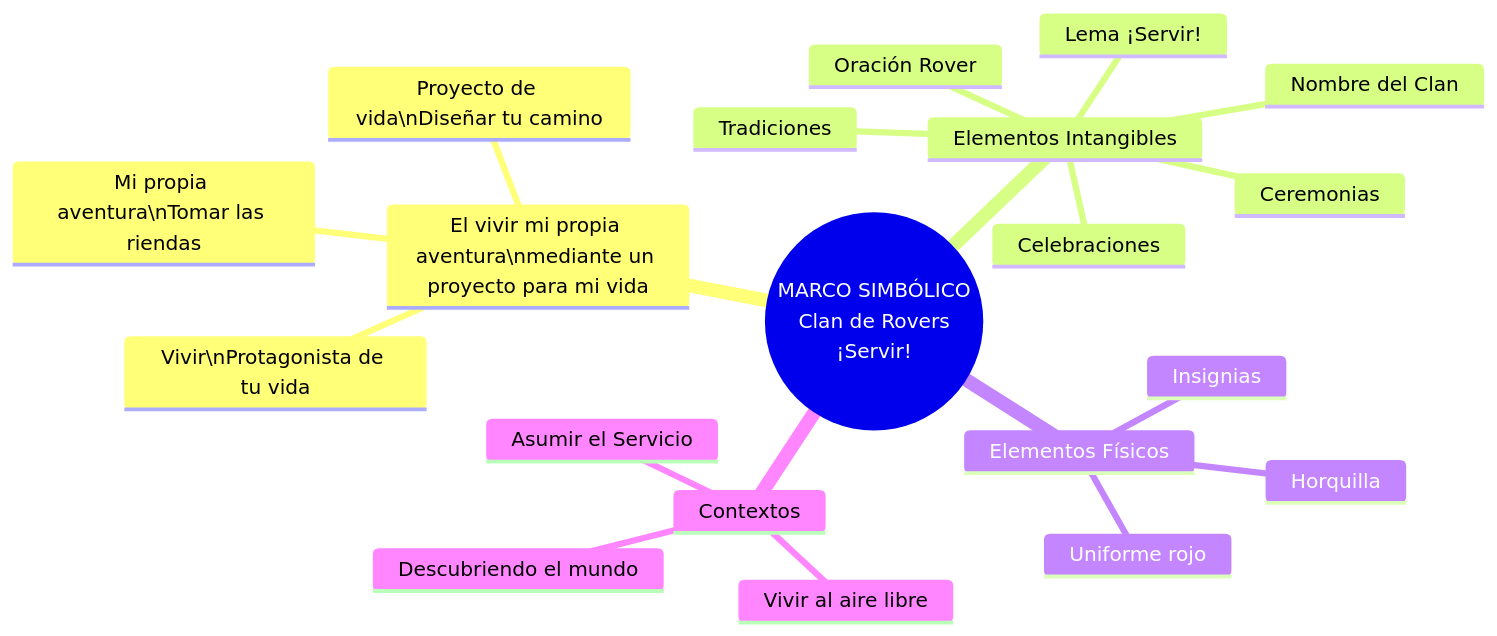
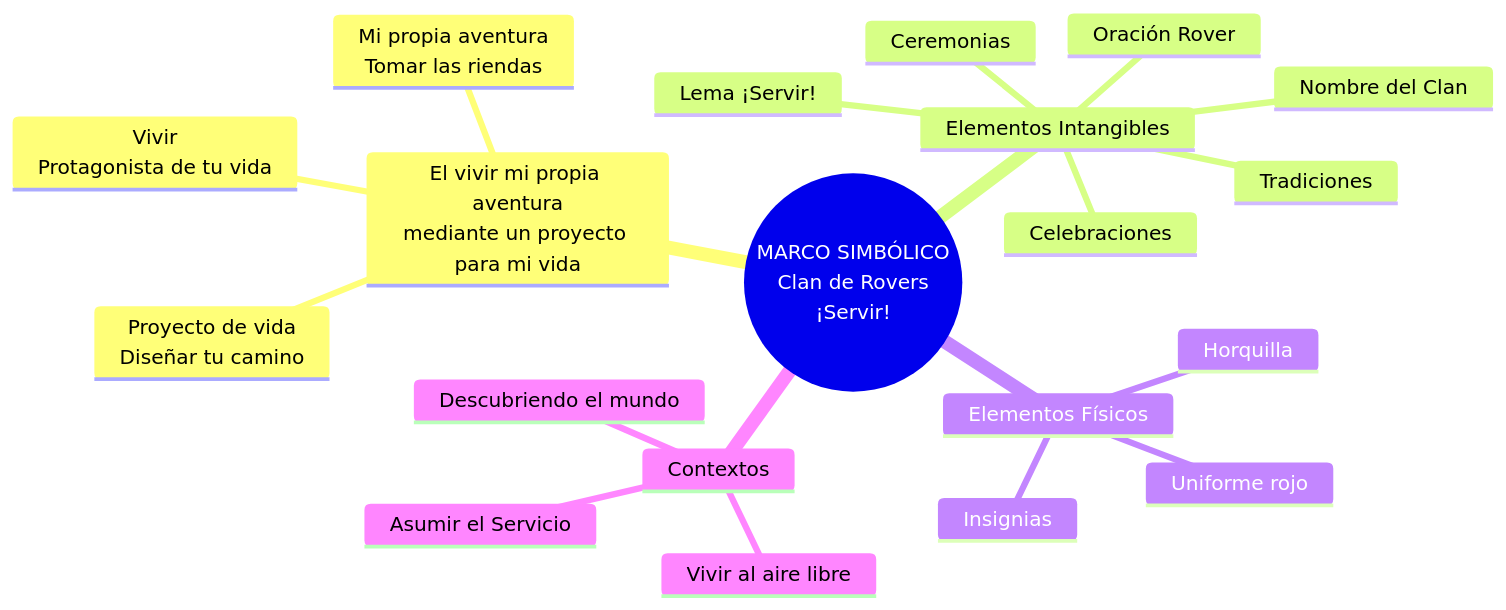
One commit to conecta-clanes/my-website changed the first of 8 diagrams in docs/base-conocimiento/tips-consejeros/marco-simbolico-clan-rovers.md. Above: the diagram before and after it, drawn with Mermaid. The commit also changed other lines of this file, not shown here.

````diff
--- a/docs/base-conocimiento/tips-consejeros/marco-simbolico-clan-rovers.md
+++ b/docs/base-conocimiento/tips-consejeros/marco-simbolico-clan-rovers.md
@@ -21,23 +21,23 @@
 ```mermaid
 mindmap
   root(("MARCO SIMBÓLICO<BR>Clan de Rovers<BR>¡Servir!"))
-    El vivir mi propia aventura\nmediante un proyecto para mi vida
-      Vivir\nProtagonista de tu vida
-      Mi propia aventura\nTomar las riendas
-      Proyecto de vida\nDiseñar tu camino
+    El vivir mi propia aventura<BR>mediante un proyecto para mi vida
+      Vivir<BR>Protagonista de tu vida
+      Mi propia aventura<BR>Tomar las riendas
+      Proyecto de vida<BR>Diseñar tu camino
     Elementos Intangibles
       Lema ¡Servir!
       Oración Rover
       Nombre del Clan
       Ceremonias
       Celebraciones
       Tradiciones
     Elementos Físicos
       Uniforme rojo
       Insignias
       Horquilla
     Contextos
       Descubriendo el mundo
       Vivir al aire libre
       Asumir el Servicio
 ```
````
